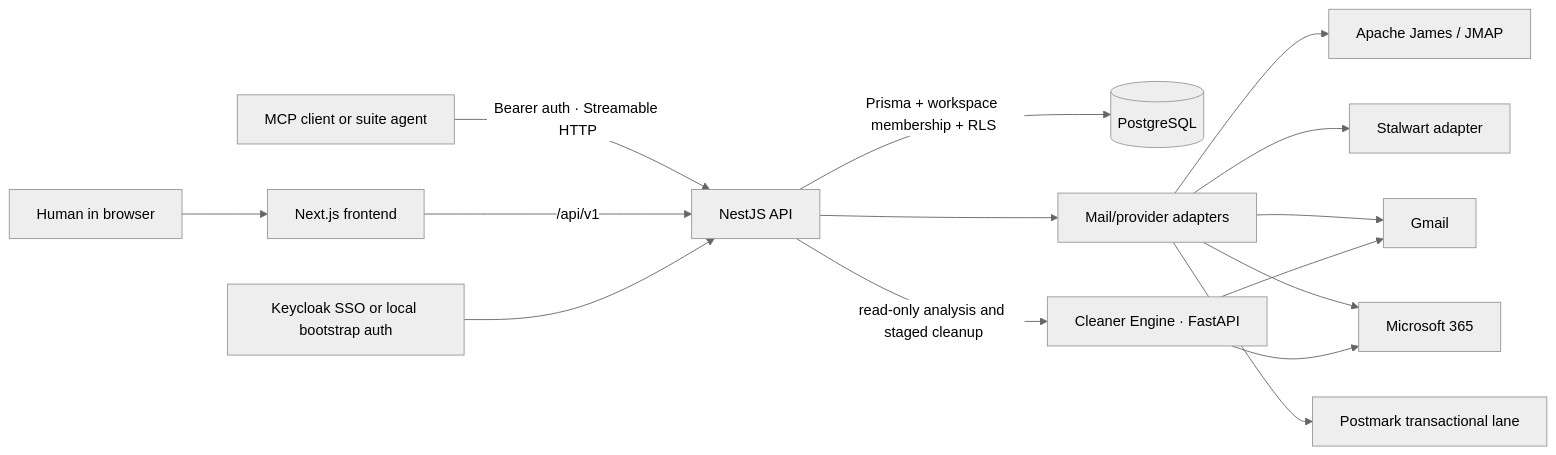
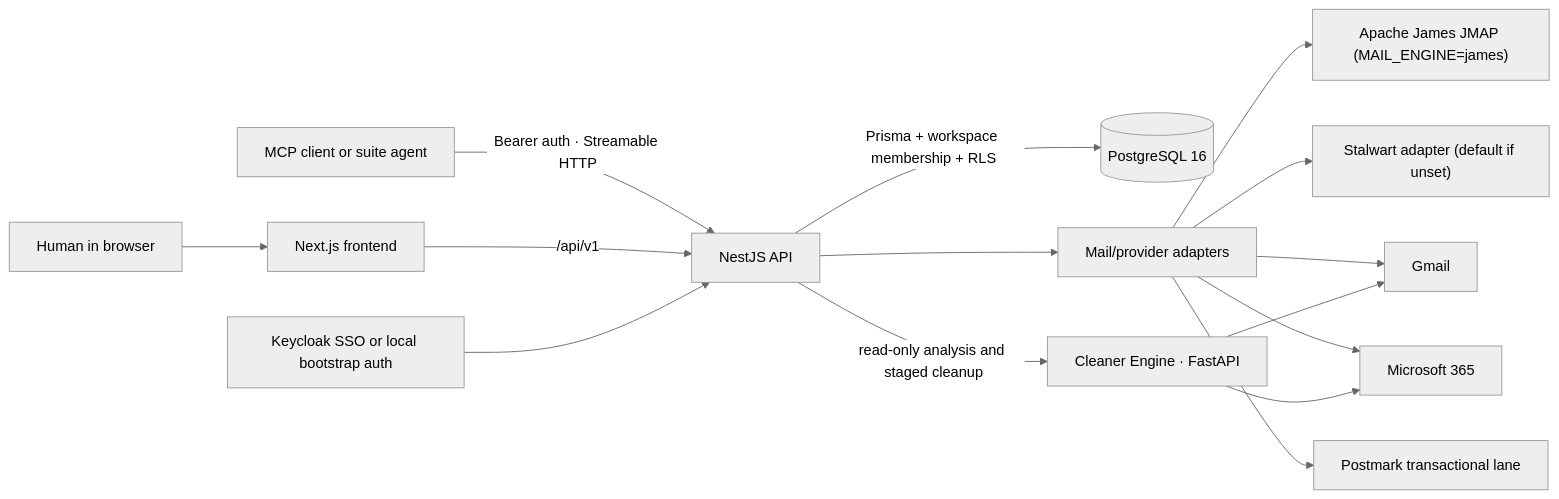
Before and after one commit to Unicorn-Commander/Email-Ops: the diagram in README.md, drawn with Mermaid (neutral theme). The commit also changed other lines of this file, not shown here.

````diff
--- a/README.md
+++ b/README.md
@@ -226,17 +243,17 @@
 ```mermaid
 flowchart LR
     Human["Human in browser"] --> UI["Next.js frontend"]
     Agent["MCP client or suite agent"] -->|"Bearer auth · Streamable HTTP"| API["NestJS API"]
     UI -->|"/api/v1"| API
     Identity["Keycloak SSO or local bootstrap auth"] --> API
-    API -->|"Prisma + workspace membership + RLS"| DB[("PostgreSQL")]
+    API -->|"Prisma + workspace membership + RLS"| DB[("PostgreSQL 16")]
     API --> Providers["Mail/provider adapters"]
-    Providers --> James["Apache James / JMAP"]
-    Providers --> Stalwart["Stalwart adapter"]
+    Providers --> James["Apache James JMAP (MAIL_ENGINE=james)"]
+    Providers --> Stalwart["Stalwart adapter (default if unset)"]
     Providers --> Gmail["Gmail"]
     Providers --> Microsoft["Microsoft 365"]
     Providers --> Postmark["Postmark transactional lane"]
     API -->|"read-only analysis and staged cleanup"| Cleaner["Cleaner Engine · FastAPI"]
     Cleaner --> Gmail
     Cleaner --> Microsoft
 ```
````
